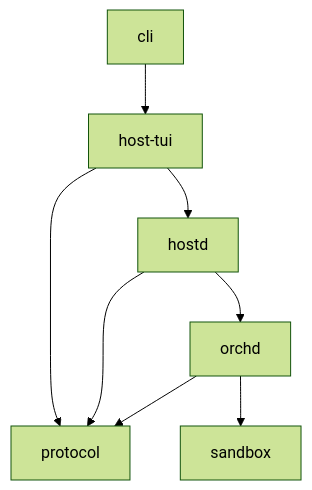
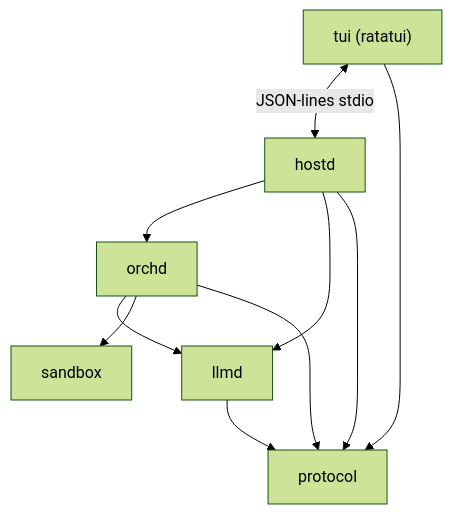
The diagram in README.md (biuld/piko), drawn with Mermaid (forest theme) before and after one commit. The commit also changed other lines of this file and 247 other files, not shown here.

````diff
--- a/README.md
+++ b/README.md
@@ -66,17 +9,12 @@
 ```mermaid
 graph TD
-  protocol["protocol"]
-  hostd["hostd"]
-  orchd["orchd"]
-  host_tui["host-tui"]
-  cli["cli"]
-  sandbox["sandbox"]
-
-  cli --> host_tui
-  host_tui --> protocol
-  host_tui --> hostd
-  hostd --> protocol
-  hostd --> orchd
+  tui["tui (ratatui)"] <-->|JSON-lines stdio| hostd["hostd"]
+  hostd --> orchd["orchd"]
+  hostd --> llmd["llmd"]
+  orchd --> llmd
+  orchd --> sandbox["sandbox"]
+  hostd --> protocol["protocol"]
   orchd --> protocol
-  orchd --> sandbox
+  tui --> protocol
+  llmd --> protocol
 ```
````
